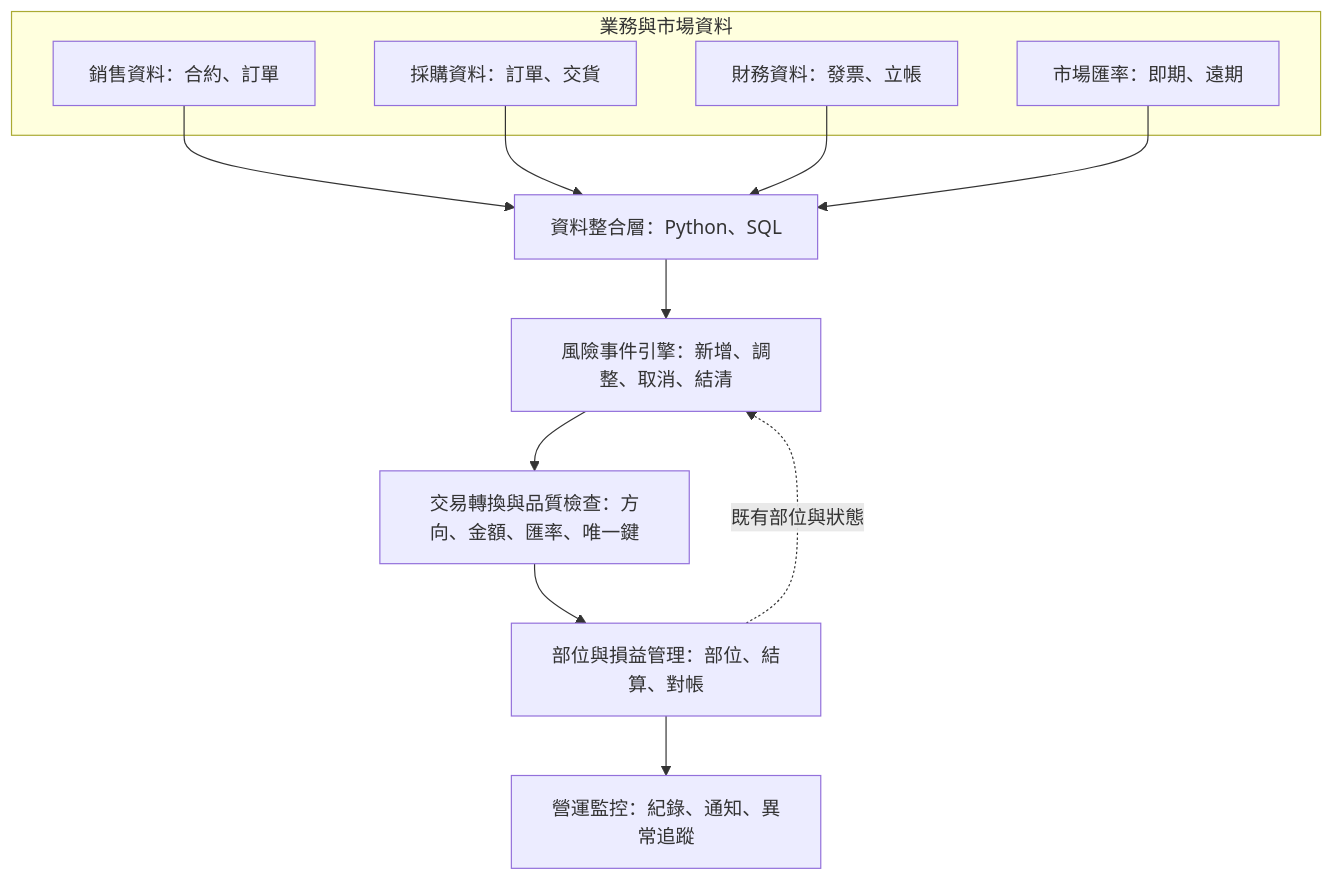
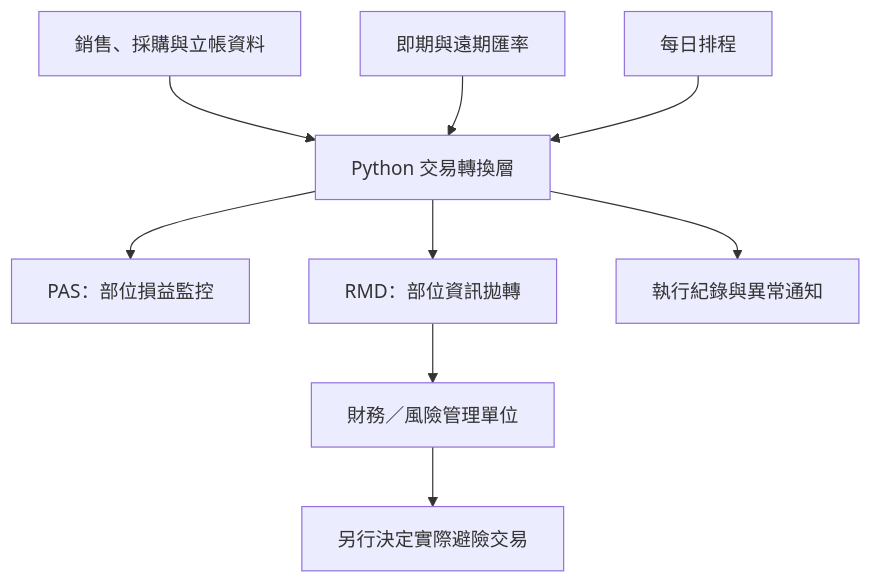
Before and after one commit to ChienChienChien/FX_Hedging_Automation: the diagram in docs/architecture.md, drawn with Mermaid. The commit also changed other lines of this file, not shown here.

Commit message:
Align Chinese FX system architecture

````diff
--- a/docs/architecture.md
+++ b/docs/architecture.md
@@ -7,25 +7,13 @@
 ```mermaid
 flowchart TB
-    subgraph Sources[業務與市場資料]
-        A["銷售資料：合約、訂單"]
-        B["採購資料：訂單、交貨"]
-        C["財務資料：發票、立帳"]
-        D["市場匯率：即期、遠期"]
-    end
+    A["銷售、採購與立帳資料"] --> D["Python 交易轉換層"]
+    B["即期與遠期匯率"] --> D
+    C["每日排程"] --> D
 
-    E["資料整合層：Python、SQL"]
-    F["風險事件引擎：新增、調整、取消、結清"]
-    G["交易轉換與品質檢查：方向、金額、匯率、唯一鍵"]
-    H["部位與損益管理：部位、結算、對帳"]
-    I["營運監控：紀錄、通知、異常追蹤"]
+    D --> E["PAS：部位損益監控"]
+    D --> F["RMD：部位資訊拋轉"]
+    D --> G["執行紀錄與異常通知"]
 
-    A --> E
-    B --> E
-    C --> E
-    D --> E
-    E --> F
-    F --> G
-    G --> H
-    H --> I
-    H -. "既有部位與狀態" .-> F
+    F --> H["財務／風險管理單位"]
+    H --> I["另行決定實際避險交易"]
 ```
````
